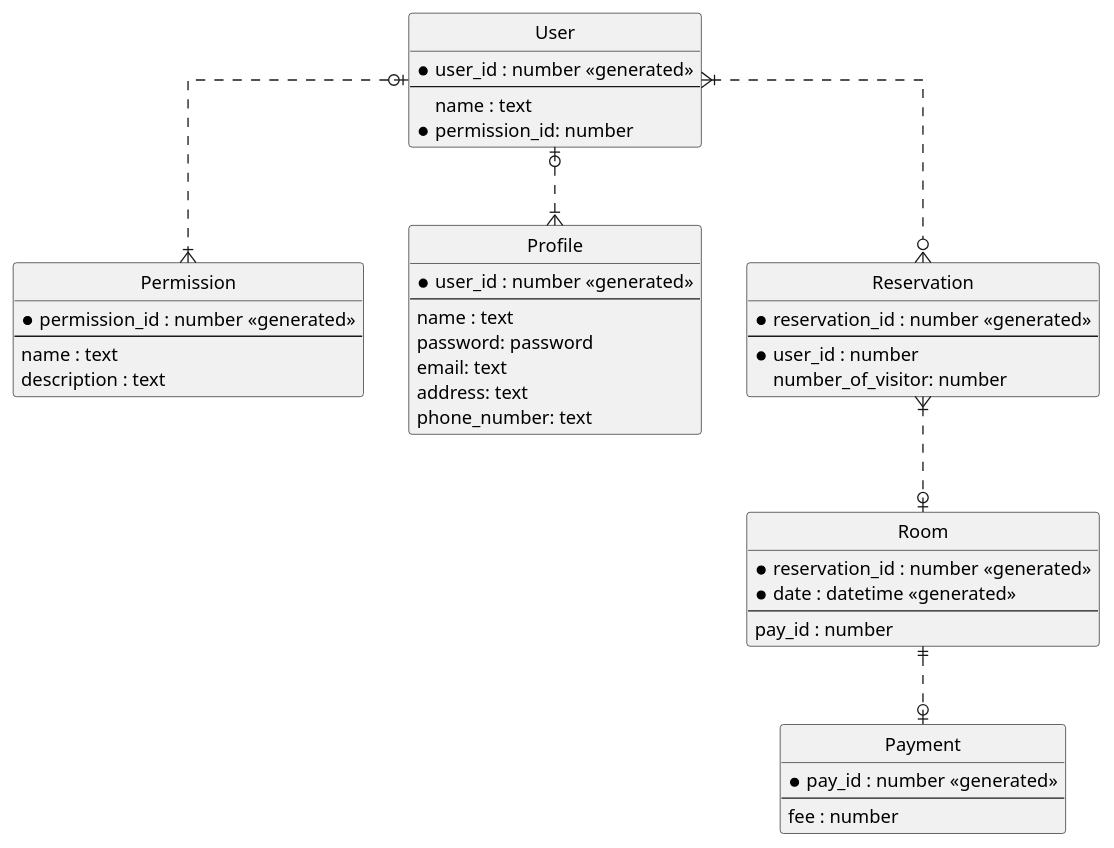
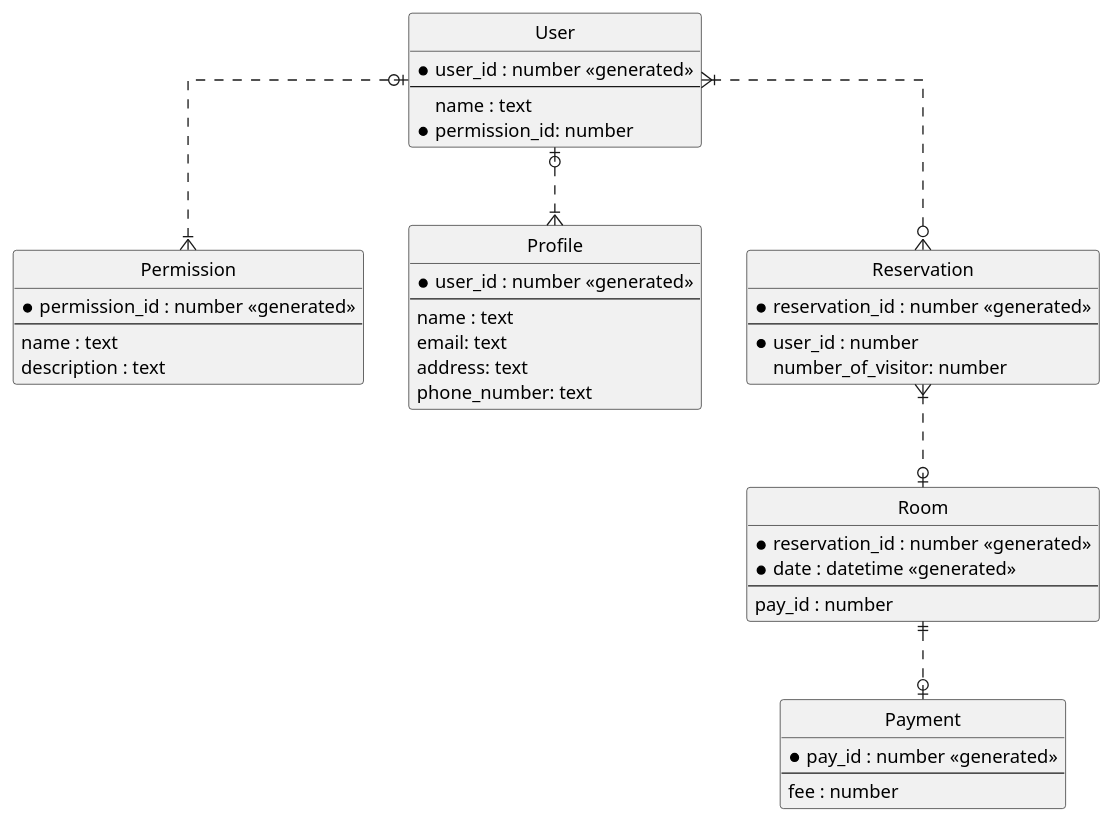
Before and after one commit to Taurin190/kotlin-minpaku: the diagram in doc/schema.md, drawn with PlantUML. The commit also changed 3 other files, not shown here.

````diff
--- a/doc/schema.md
+++ b/doc/schema.md
@@ -1,59 +1,58 @@
 ```plantuml
 ' hide the spot
 hide circle
 
 ' avoid problems with angled crows feet
 skinparam linetype ortho
 
 entity "User" as user {
   *user_id : number <<generated>>
   --
   name : text
   *permission_id: number
 }
 
 entity "Permission" as per {
   *permission_id : number <<generated>>
   --
   name : text
   description : text
 }
 
 entity "Profile" as pro {
   *user_id : number <<generated>>
   --
   name : text
-  password: password
   email: text
   address: text
   phone_number: text
 }
 
 user |o..|{ per
 user |o..|{ pro
 
 entity "Reservation" as res {
   *reservation_id : number <<generated>>
   --
   *user_id : number
   number_of_visitor: number
 }
 
 entity "Room" as room {
   *reservation_id : number <<generated>>
   *date : datetime <<generated>>
   --
   pay_id : number
 }
 
 entity "Payment" as pay {
   *pay_id : number <<generated>>
   --
   fee : number
 }
 
 
 user }|..o{ res
 res }|..o| room
 room ||..o| pay
 ```
````
